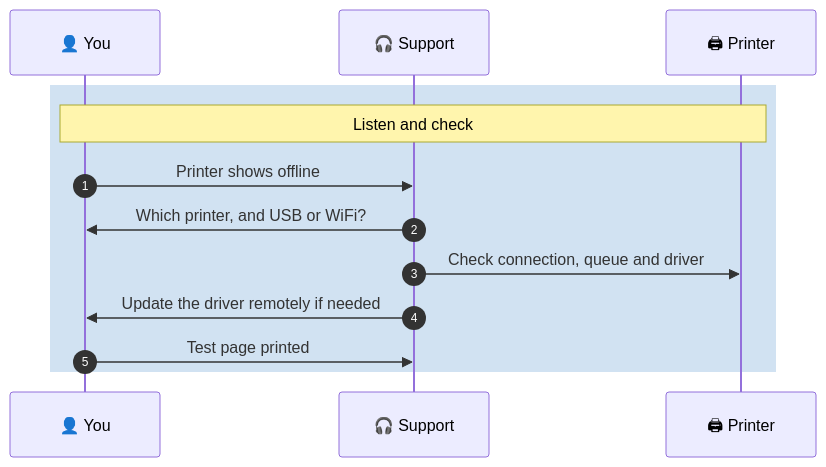
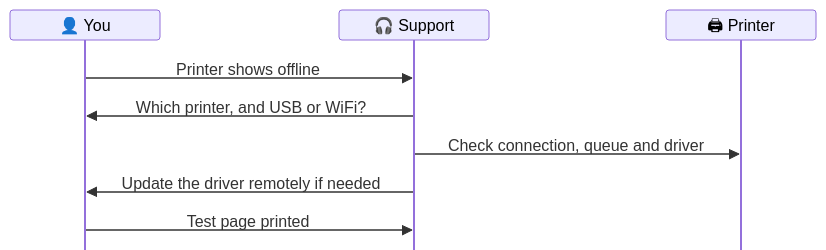
One commit to malaika-azhar/Customer-Tech-Support-Portfolio changed the third of 3 diagrams in 04-Solution-guides/04.4-Printer-Guide.md. Above: the diagram before and after it, drawn with Mermaid. The commit also changed other lines of this file, not shown here.

````diff
--- a/04-Solution-guides/04.4-Printer-Guide.md
+++ b/04-Solution-guides/04.4-Printer-Guide.md
@@ -255,16 +253,12 @@
 ```mermaid
+%%{init: {'sequence': {'messageMargin': 24, 'height': 30, 'actorMargin': 50, 'boxMargin': 4, 'mirrorActors': false}}}%%
 sequenceDiagram
-    autonumber
     participant C as 👤 You
     participant S as 🎧 Support
     participant X as 🖨 Printer
-
-    rect rgba(0, 94, 184, 0.18)
-    Note over C,X: Listen and check
     C->>S: Printer shows offline
     S->>C: Which printer, and USB or WiFi?
     S->>X: Check connection, queue and driver
     S->>C: Update the driver remotely if needed
     C->>S: Test page printed
-    end
 ```
````
